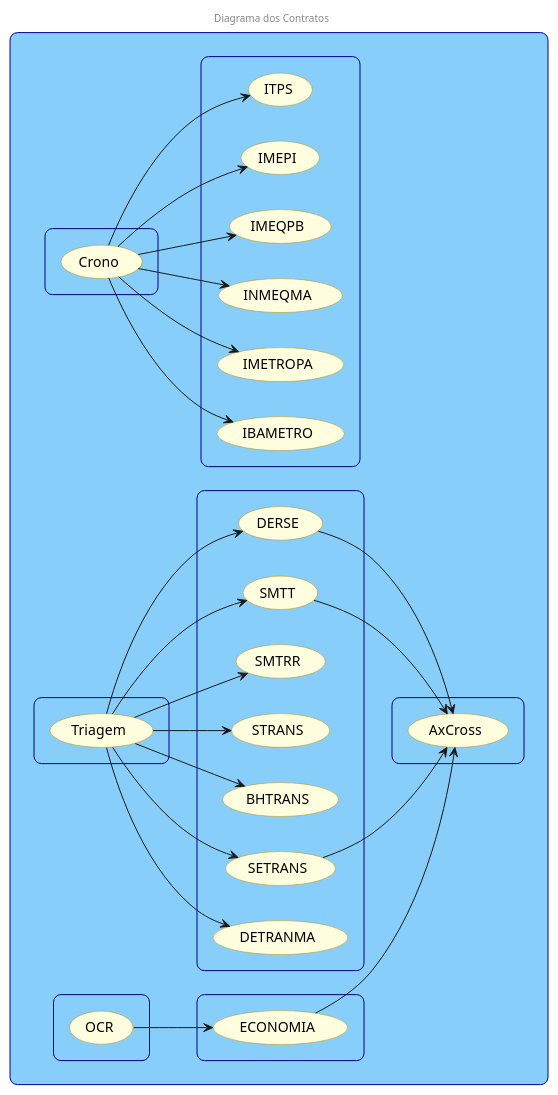
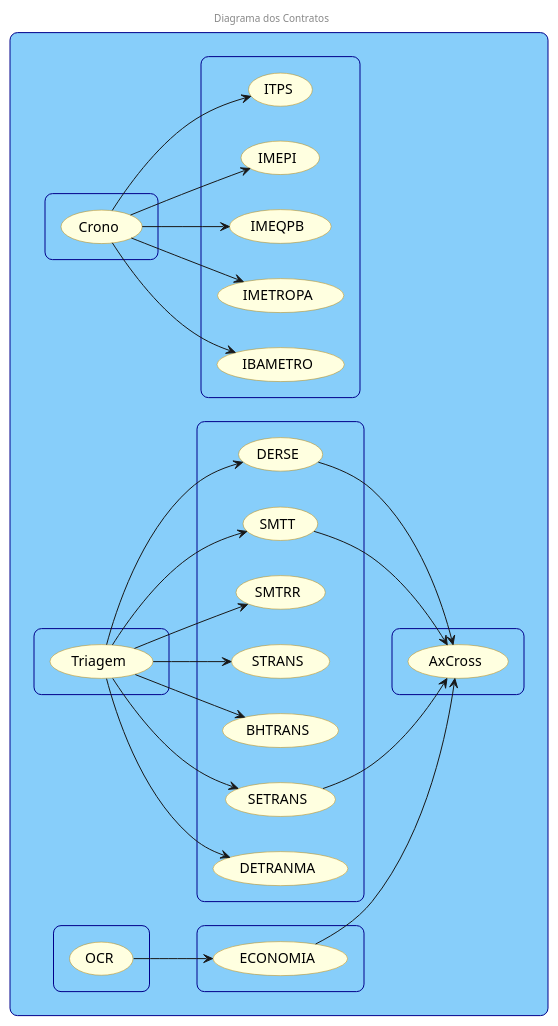
One commit to Axion-Tecnologia/Documentacao_Atualizada changed the diagram in Writerside/topics/Contratos.md. Above: the diagram before and after it, drawn with PlantUML. The commit also changed 12 other files, not shown here.

```diff
--- a/Writerside/topics/Contratos.md
+++ b/Writerside/topics/Contratos.md
@@ -39,7 +39,6 @@
 usecase "ITPS" as ITPS
 usecase "IMEPI" as IMEPI
 usecase "IMEQPB" as IMEQPB
-usecase "INMEQMA" as INMEQMA
 usecase "IMETROPA" as IMETROPA
 usecase "IBAMETRO" as IBAMETRO
 }
@@ -69,7 +68,6 @@
 Crono --> ITPS
 Crono --> IMEPI
 Crono --> IMEQPB
-Crono --> INMEQMA
 Crono --> IMETROPA
 Crono --> IBAMETRO
 
```
